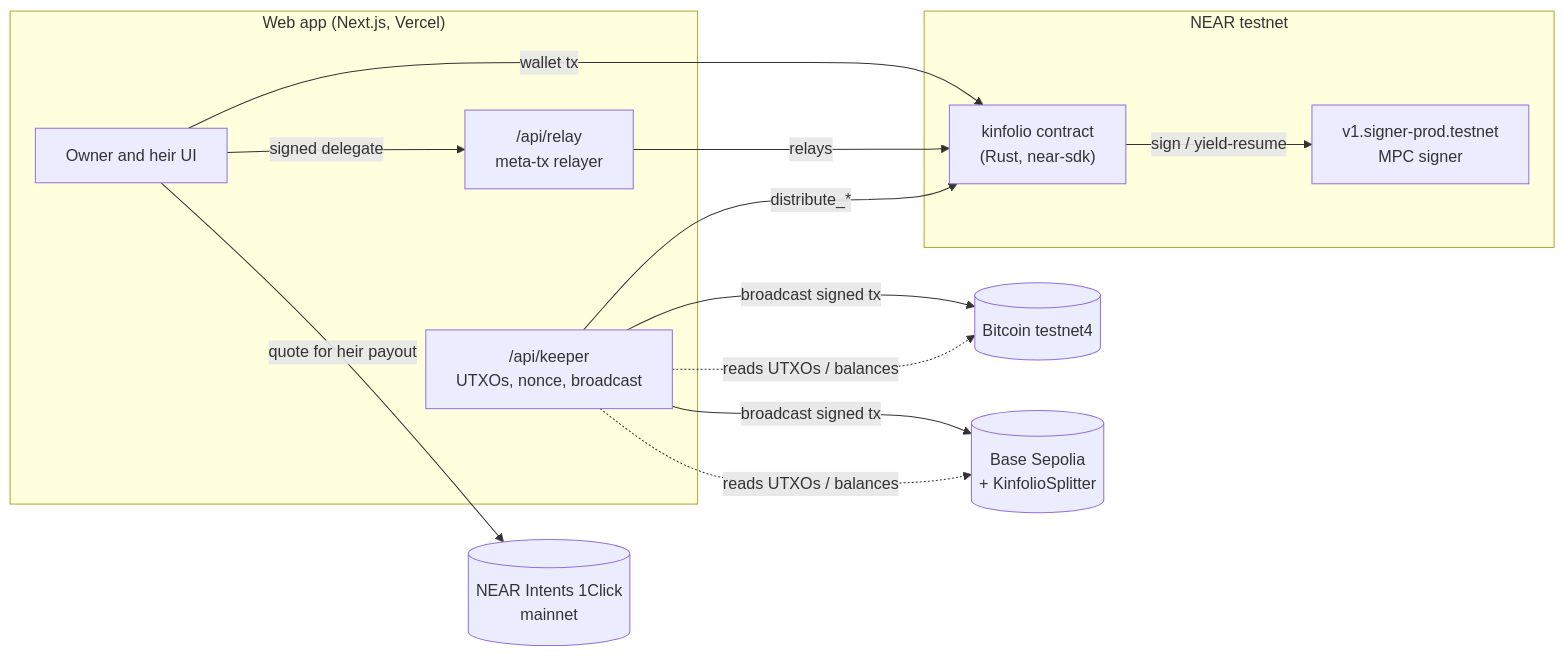
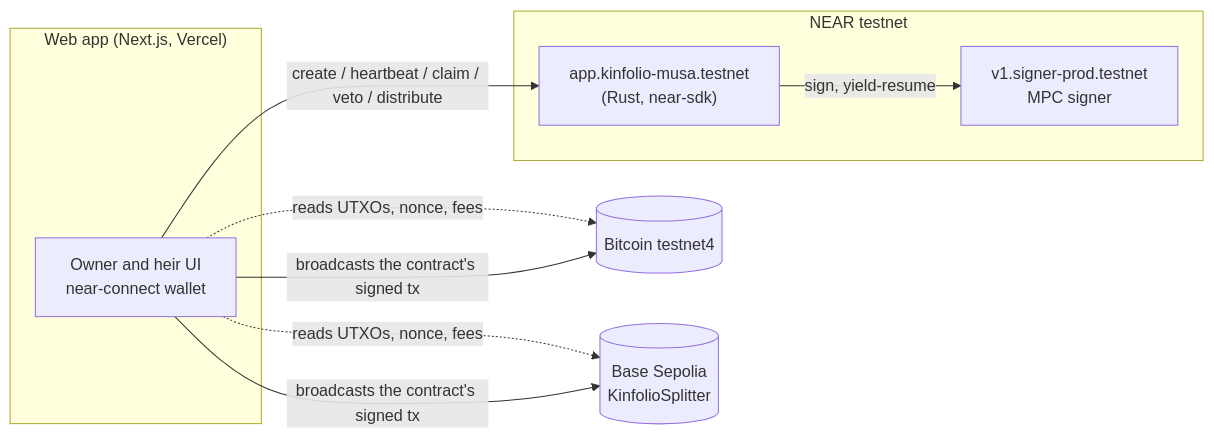
The diagram in ARCHITECTURE.md (techbone/kinfolio-near), drawn with Mermaid before and after one commit. The commit also changed other lines of this file, not shown here.

Commit message:
docs: architecture matches what shipped

````diff
--- a/ARCHITECTURE.md
+++ b/ARCHITECTURE.md
@@ -41,24 +39,18 @@
 ```mermaid
 flowchart LR
   subgraph Web["Web app (Next.js, Vercel)"]
-    UI[Owner and heir UI]
-    Relay["/api/relay<br/>meta-tx relayer"]
-    Keeper["/api/keeper<br/>UTXOs, nonce, broadcast"]
+    UI[Owner and heir UI<br/>near-connect wallet]
   end
   subgraph NEAR["NEAR testnet"]
-    K["kinfolio contract<br/>(Rust, near-sdk)"]
+    K["app.kinfolio-musa.testnet<br/>(Rust, near-sdk)"]
     MPC["v1.signer-prod.testnet<br/>MPC signer"]
   end
   BTC[(Bitcoin testnet4)]
-  EVM[(Base Sepolia<br/>+ KinfolioSplitter)]
-  OneClick[(NEAR Intents 1Click<br/>mainnet)]
+  EVM[(Base Sepolia<br/>KinfolioSplitter)]
 
-  UI -- wallet tx --> K
-  UI -- signed delegate --> Relay -- relays --> K
-  Keeper -- distribute_* --> K
-  K -- sign / yield-resume --> MPC
-  Keeper -- broadcast signed tx --> BTC
-  Keeper -- broadcast signed tx --> EVM
-  UI -- quote for heir payout --> OneClick
-  Keeper -. reads UTXOs / balances .-> BTC & EVM
+  UI -- create / heartbeat / claim / veto / distribute --> K
+  K -- sign, yield-resume --> MPC
+  UI -. reads UTXOs, nonce, fees .-> BTC & EVM
+  UI -- broadcasts the contract's signed tx --> BTC
+  UI -- broadcasts the contract's signed tx --> EVM
 ```
````
